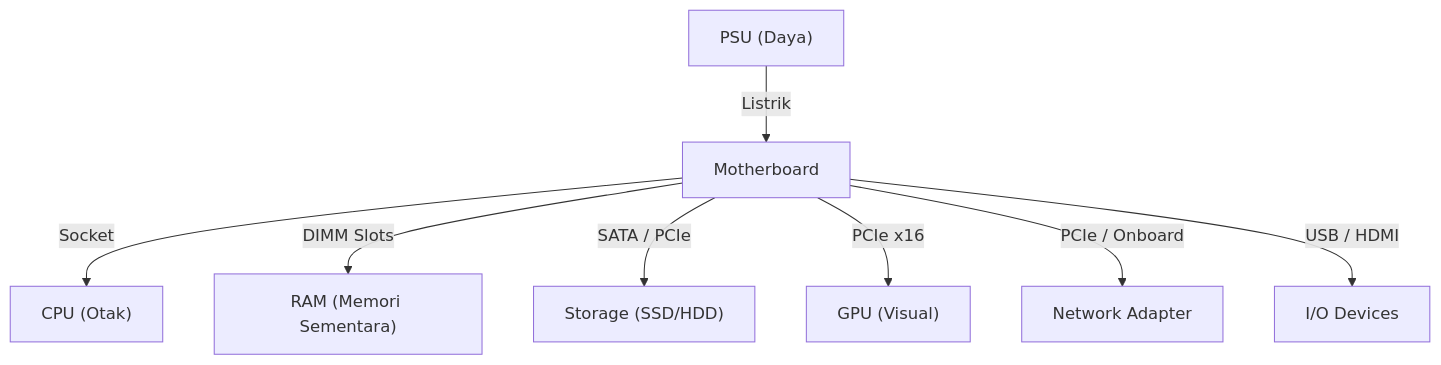
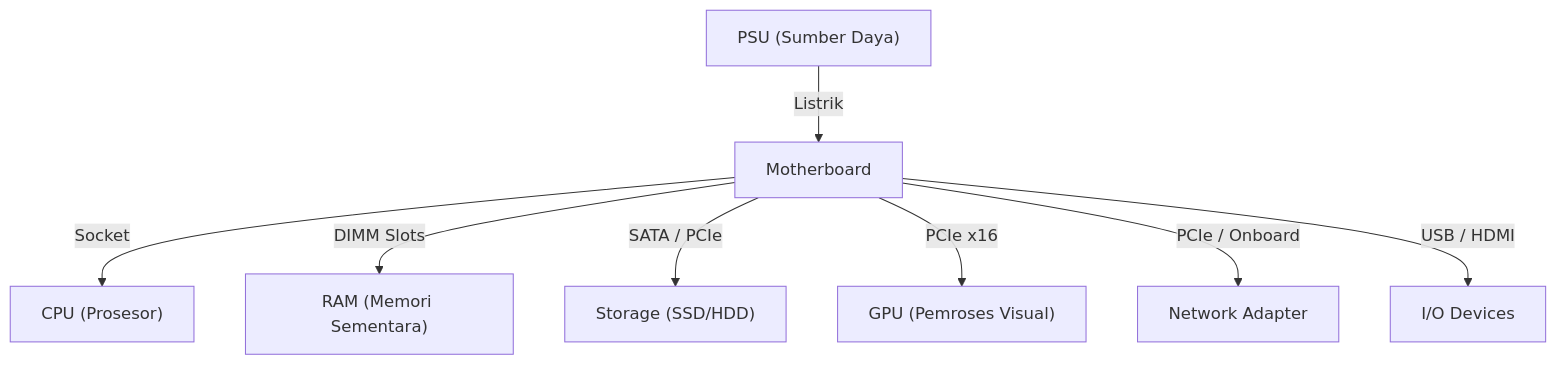
Before and after one commit to Dimm377/CyberSec-Learning-Notes: the first of 2 diagrams in THM-Notes/Pre-Security/Computers-Fundamentals/Inside-a-Computer-System.md, drawn with Mermaid. The commit also changed other lines of this file and 1 other file, not shown here.

````diff
--- a/THM-Notes/Pre-Security/Computers-Fundamentals/Inside-a-Computer-System.md
+++ b/THM-Notes/Pre-Security/Computers-Fundamentals/Inside-a-Computer-System.md
@@ -35,10 +28,10 @@
 ```mermaid
 graph TD
-    PSU["PSU (Daya)"] -->|Listrik| MB["Motherboard"]
-    MB -->|Socket| CPU["CPU (Otak)"]
+    PSU["PSU (Sumber Daya)"] -->|Listrik| MB["Motherboard"]
+    MB -->|Socket| CPU["CPU (Prosesor)"]
     MB -->|DIMM Slots| RAM["RAM (Memori Sementara)"]
     MB -->|SATA / PCIe| Storage["Storage (SSD/HDD)"]
-    MB -->|PCIe x16| GPU["GPU (Visual)"]
+    MB -->|PCIe x16| GPU["GPU (Pemroses Visual)"]
     MB -->|PCIe / Onboard| NET["Network Adapter"]
     MB -->|USB / HDMI| IO["I/O Devices"]
 ```
````
